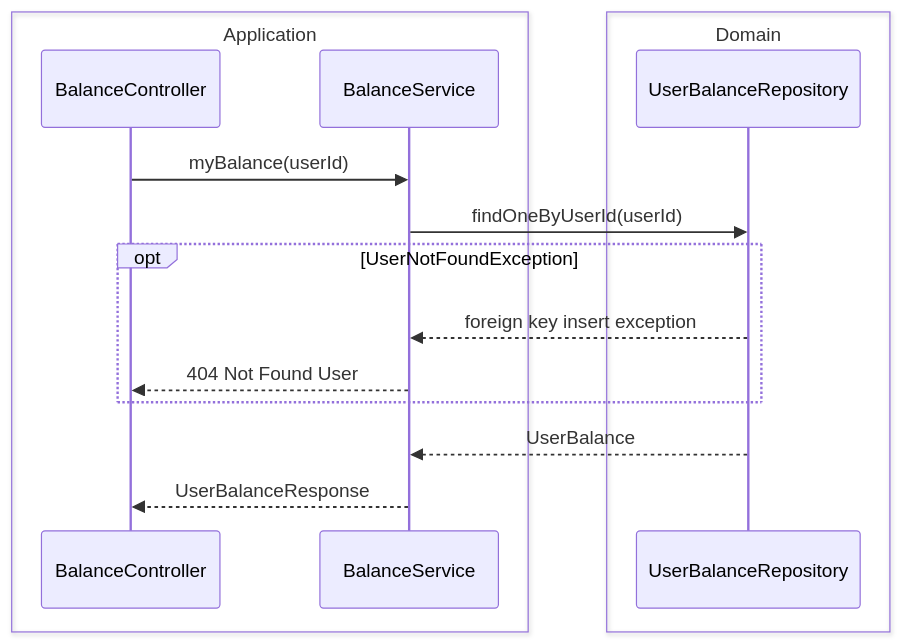
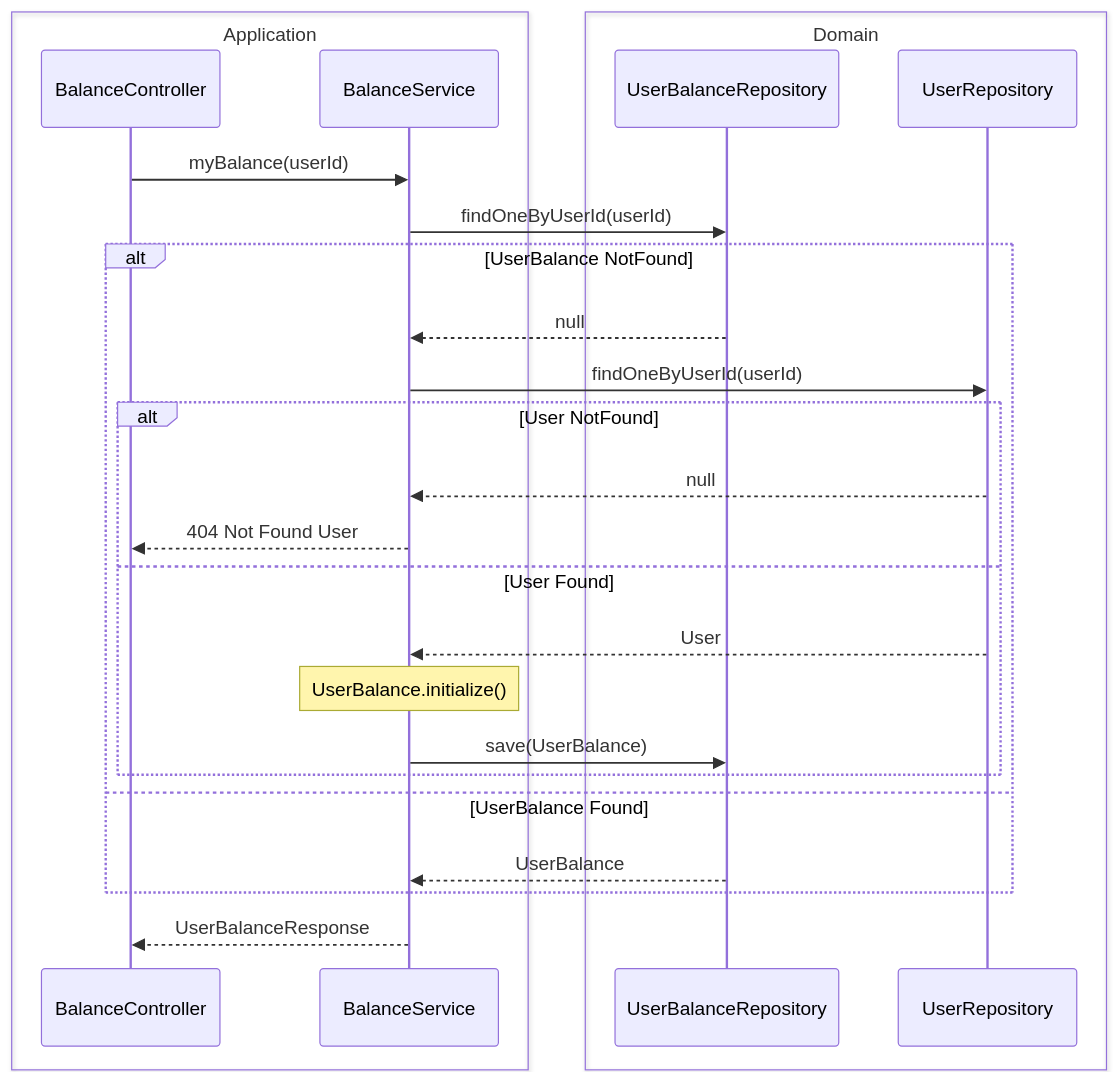
One commit to newbieJanghan/hh_plus_server changed the second of 4 diagrams in docs/api/balance.md. Above: the diagram before and after it, drawn with Mermaid. The commit also changed other lines of this file, not shown here.

Commit message:
Docs: Balance API / diagram 수정

````diff
--- a/docs/api/balance.md
+++ b/docs/api/balance.md
@@ -57,20 +66,31 @@
 ```mermaid
 sequenceDiagram
     box Application
         participant BalanceController
         participant BalanceService
     end
     box Domain
         participant UserBalanceRepository
+        participant UserRepository
     end
 #
     BalanceController ->> BalanceService: myBalance(userId)
     BalanceService ->> UserBalanceRepository: findOneByUserId(userId)
-    opt UserNotFoundException
-        UserBalanceRepository -->> BalanceService: foreign key insert exception
-        BalanceService -->> BalanceController: 404 Not Found User
+    alt UserBalance NotFound
+        UserBalanceRepository -->> BalanceService: null
+        BalanceService ->> UserRepository: findOneByUserId(userId)
+        alt User NotFound
+            UserRepository -->> BalanceService: null
+            BalanceService -->> BalanceController: 404 Not Found User
+        else User Found
+            UserRepository -->> BalanceService: User
+            Note over BalanceService: UserBalance.initialize()
+            BalanceService ->> UserBalanceRepository: save(UserBalance)
+        end
+    else UserBalance Found
+        UserBalanceRepository -->> BalanceService: UserBalance
     end
-    UserBalanceRepository -->> BalanceService: UserBalance
+
 #
     BalanceService -->> BalanceController: UserBalanceResponse
 ```
````
